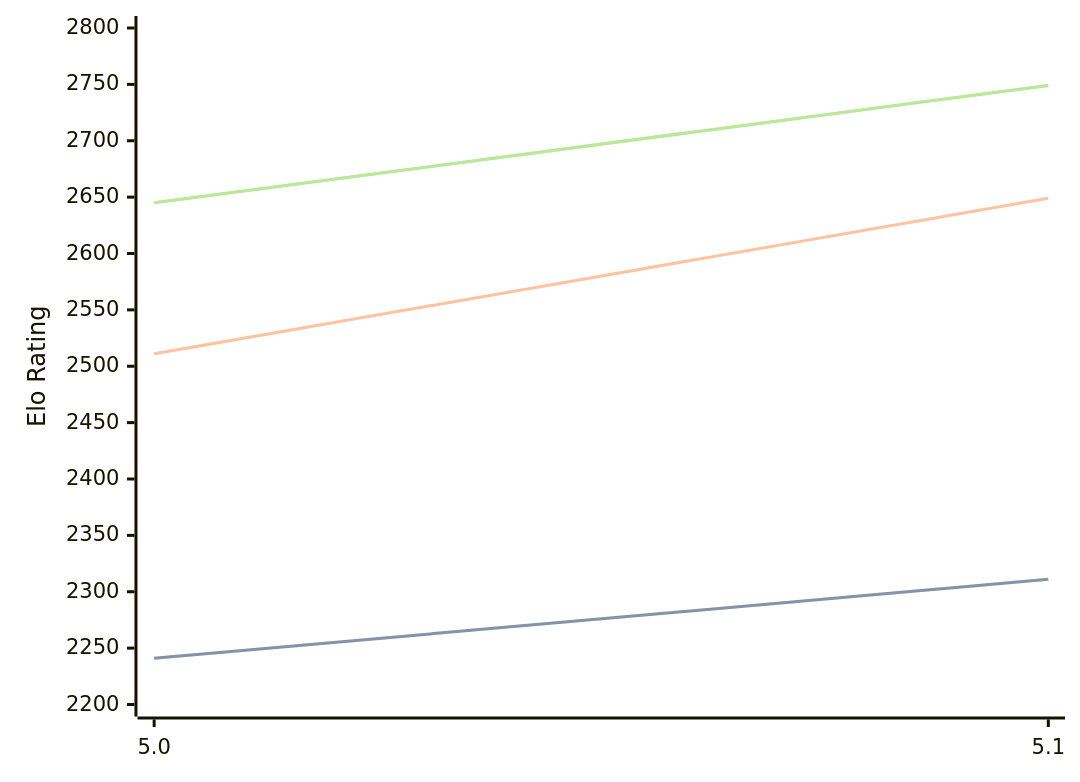
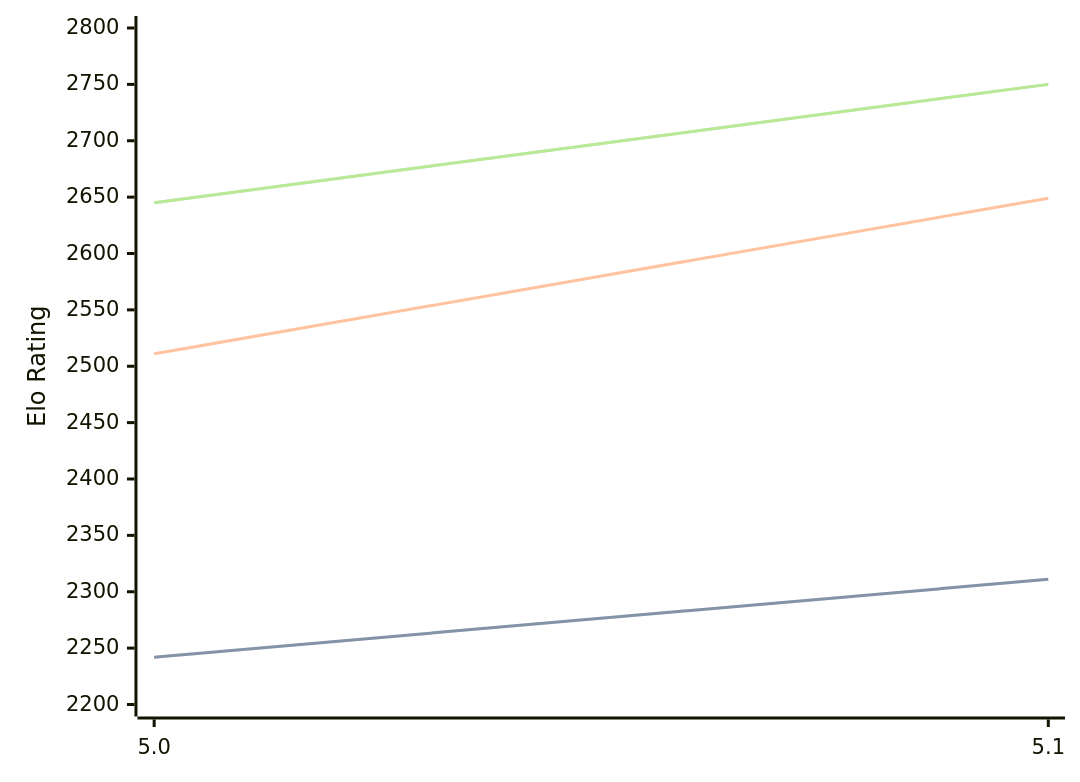
Before and after one commit to computer-chess-index/cci: the diagram in engines/Dorky.md, drawn with Mermaid. The commit also changed other lines of this file, not shown here.

Commit message:
Update CCI Ratings (ELO VLTC) - 2026-10-02

````diff
--- a/engines/Dorky.md
+++ b/engines/Dorky.md
@@ -32,11 +32,11 @@
 ```mermaid
 %%{init: {"theme":"base","themeVariables":{"seriesColors:['#a3a3a3','#222221','#faa371']}}}%%
 xychart-beta
   x-axis ["5.0", "5.1"]
   y-axis "Elo Rating" 2200 --> 2800
-  line "" [2241, 2311]
-  line "STC (8.0+0.08s)" [2241, 2311]
+  line "" [2242, 2311]
+  line "STC (8.0+0.08s)" [2242, 2311]
   line "LTC (60.0+0.60s)" [2511, 2649]
-  line "" [2645, 2749]
-  line "VLTC (2m24s+1.12s)" [2645, 2749]
+  line "" [2645, 2750]
+  line "VLTC (2m24s+1.12s)" [2645, 2750]
 ```
````
